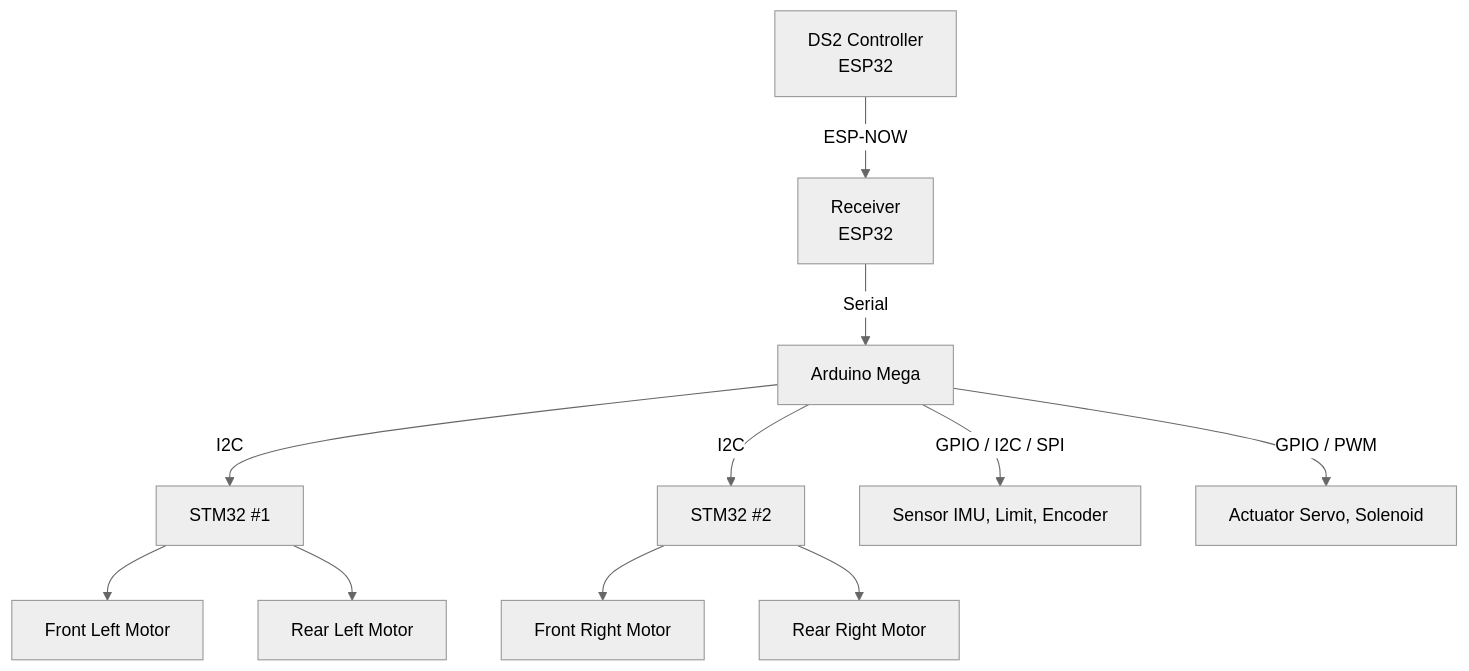
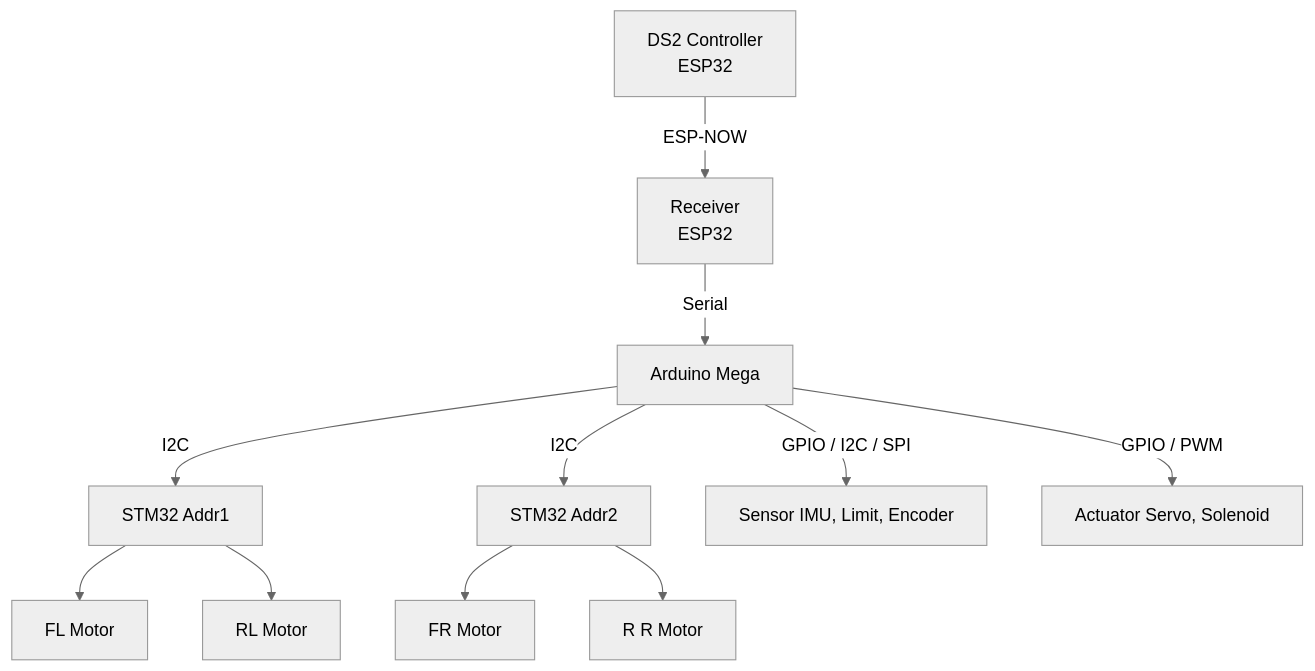
One commit to Irfan-LX25/Ri-Setan-LX25 changed the diagram in README.md. Above: the diagram before and after it, drawn with Mermaid (neutral theme).

Commit message:
Refine STM32 and motor labels in README
Updated labels for STM32 and motor references for clarity.

````diff
--- a/README.md
+++ b/README.md
@@ -41,33 +41,33 @@
 ```mermaid
 graph TD
     DS2[DS2 Controller<br/>ESP32]
     RX[Receiver<br/>ESP32]
     MEGA[Arduino Mega]
 
-    STM1[STM32 #1]
-    STM2[STM32 #2]
+    STM1[STM32 Addr1]
+    STM2[STM32 Addr2]
 
-    FL[Front Left Motor]
-    FR[Front Right Motor]
-    RL[Rear Left Motor]
-    RR[Rear Right Motor]
+    FL[FL Motor]
+    FR[FR Motor]
+    RL[RL Motor]
+    RR[R R Motor]
 
     SENS[Sensor IMU, Limit, Encoder ]
     ACT[Actuator Servo, Solenoid ]
 
     DS2 -->|ESP-NOW| RX
     RX -->|Serial| MEGA
 
     MEGA -->|I2C| STM1
     MEGA -->|I2C| STM2
 
     STM1 --> FL
     STM1 --> RL
 
     STM2 --> FR
     STM2 --> RR
 
     MEGA -->|GPIO / I2C / SPI| SENS
     MEGA -->|GPIO / PWM| ACT
 
 ```
````
